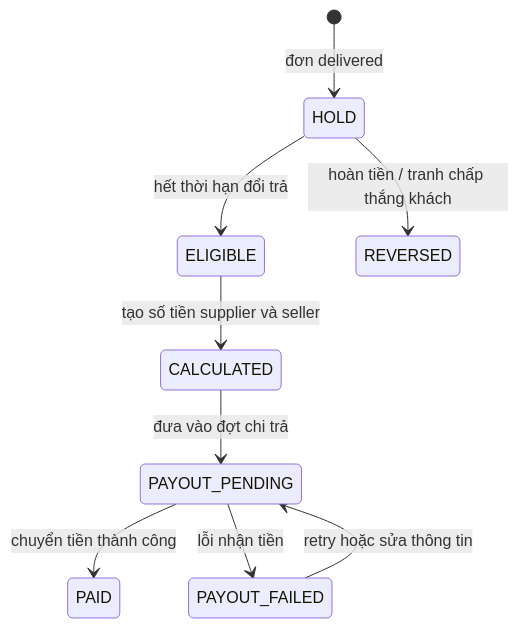
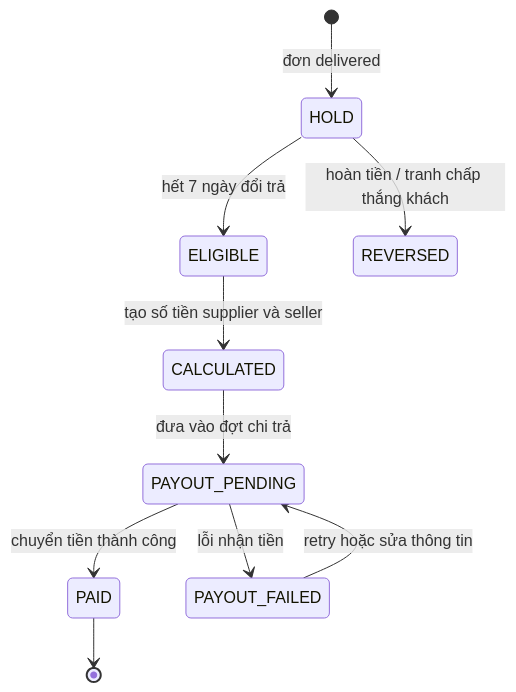
Before and after one commit to NguyenVoLyDo/Project-XD-and-PTPM: the fourth of 6 diagrams in docs/03-state-machines.md, drawn with Mermaid. The commit also changed other lines of this file and 3 other files, not shown here.

````diff
--- a/docs/03-state-machines.md
+++ b/docs/03-state-machines.md
@@ -74,11 +109,12 @@
 ```mermaid
 stateDiagram-v2
   [*] --> HOLD: đơn delivered
-  HOLD --> ELIGIBLE: hết thời hạn đổi trả
+  HOLD --> ELIGIBLE: hết 7 ngày đổi trả
   HOLD --> REVERSED: hoàn tiền / tranh chấp thắng khách
   ELIGIBLE --> CALCULATED: tạo số tiền supplier và seller
   CALCULATED --> PAYOUT_PENDING: đưa vào đợt chi trả
   PAYOUT_PENDING --> PAID: chuyển tiền thành công
   PAYOUT_PENDING --> PAYOUT_FAILED: lỗi nhận tiền
   PAYOUT_FAILED --> PAYOUT_PENDING: retry hoặc sửa thông tin
+  PAID --> [*]
 ```
````
